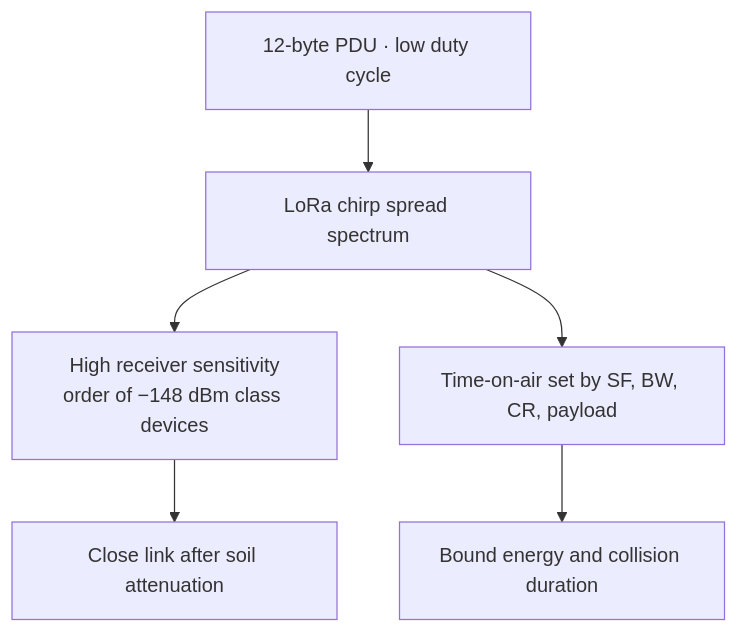
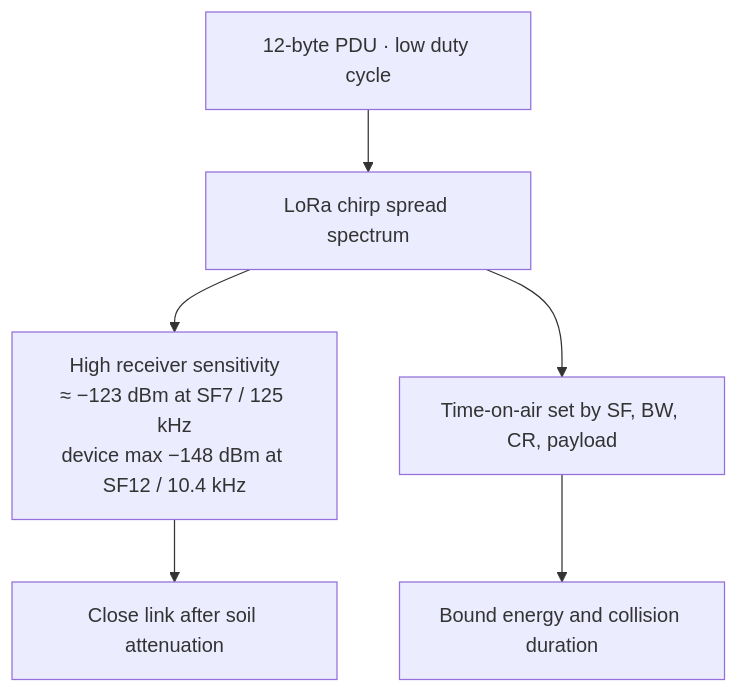
Before and after one commit to DevaBDM/SLF-EWN: the third of 26 diagrams in Project/Challenges and Solutions.md, drawn with Mermaid. The commit also changed other lines of this file and 20 other files, not shown here.

````diff
--- a/Project/Challenges and Solutions.md
+++ b/Project/Challenges and Solutions.md
@@ -258,8 +258,8 @@
 ```mermaid
 flowchart TB
   P[12-byte PDU · low duty cycle] --> CSS[LoRa chirp spread spectrum]
-  CSS --> SEN[High receiver sensitivity<br/>order of −148 dBm class devices]
+  CSS --> SEN[High receiver sensitivity<br/>≈ −123 dBm at SF7 / 125 kHz<br/>device max −148 dBm at SF12 / 10.4 kHz]
   CSS --> TOA[Time-on-air set by SF, BW, CR, payload]
   SEN --> LINK[Close link after soil attenuation]
   TOA --> BUDGET[Bound energy and collision duration]
 ```
````
